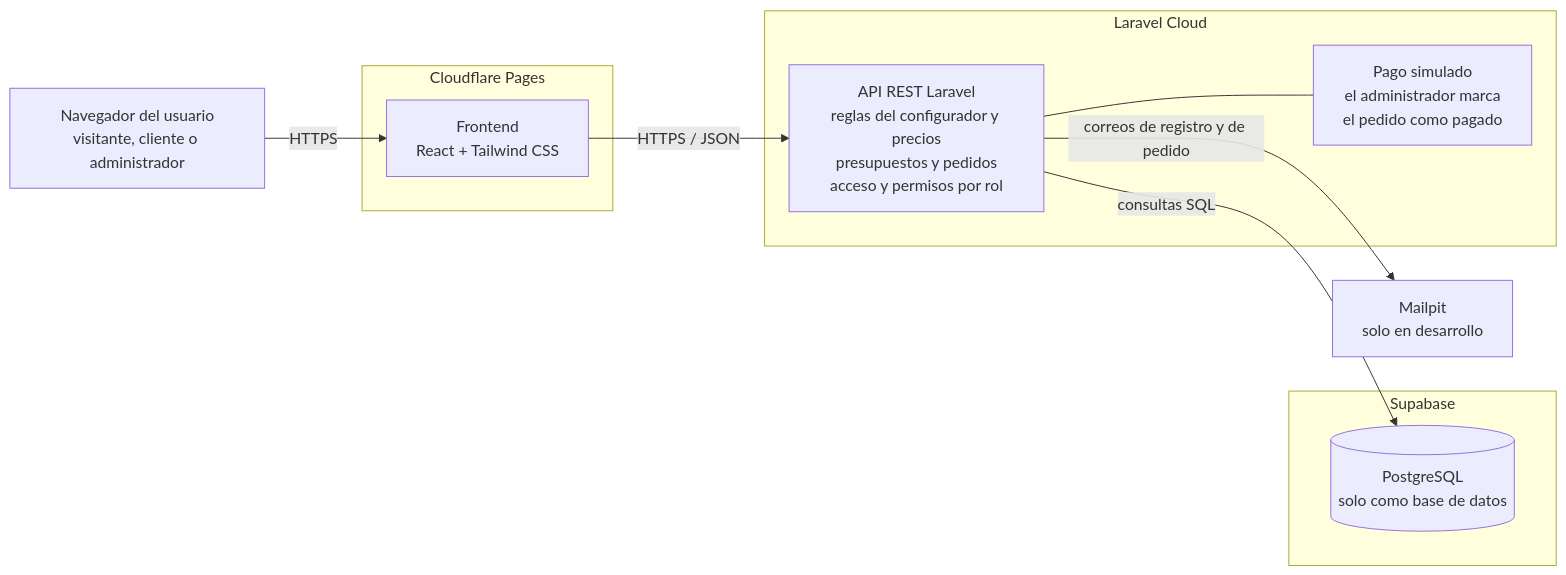
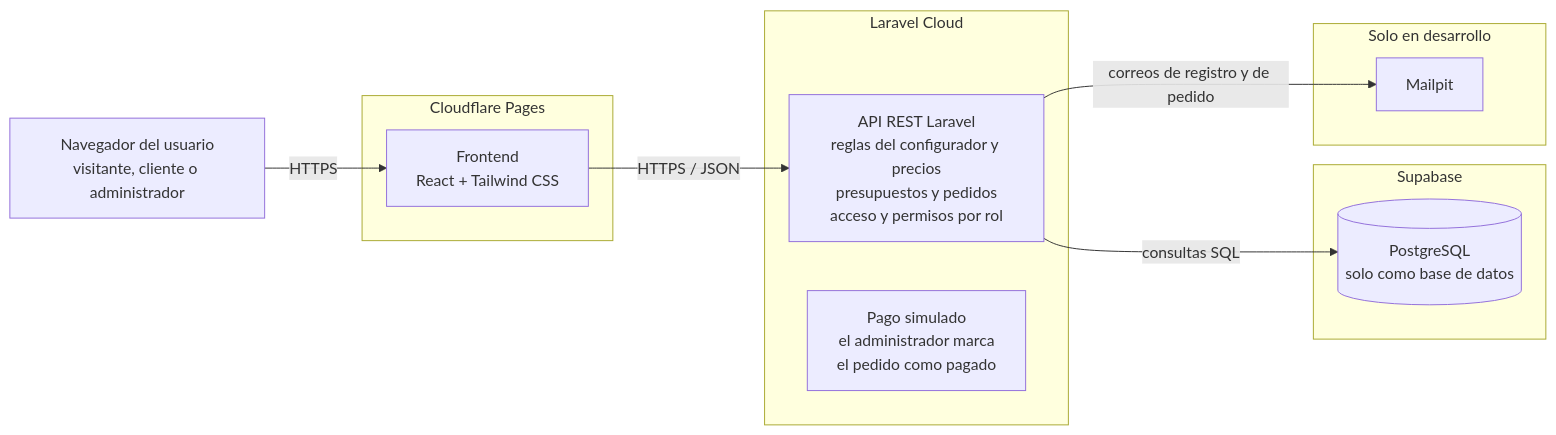
The first of 3 diagrams in docs/sprint-3/01-architecture.md (DaniRZ10/PROYECTO_DAMN), drawn with Mermaid before and after one commit.

Commit message:
docs: fix architecture diagram layout

````diff
--- a/docs/sprint-3/01-architecture.md
+++ b/docs/sprint-3/01-architecture.md
@@ -7,25 +7,26 @@
 ```mermaid
 flowchart LR
     U["Navegador del usuario<br/>visitante, cliente o administrador"]
 
     subgraph CF["Cloudflare Pages"]
         FE["Frontend<br/>React + Tailwind CSS"]
     end
 
     subgraph LC["Laravel Cloud"]
         API["API REST Laravel<br/>reglas del configurador y precios<br/>presupuestos y pedidos<br/>acceso y permisos por rol"]
         PAY["Pago simulado<br/>el administrador marca<br/>el pedido como pagado"]
     end
 
     subgraph SB["Supabase"]
         DB[("PostgreSQL<br/>solo como base de datos")]
     end
 
-    MP["Mailpit<br/>solo en desarrollo"]
+    subgraph DEV["Solo en desarrollo"]
+        MP["Mailpit"]
+    end
 
     U -->|HTTPS| FE
     FE -->|"HTTPS / JSON"| API
     API -->|consultas SQL| DB
     API -->|"correos de registro y de pedido"| MP
-    API --- PAY
 ```
````
